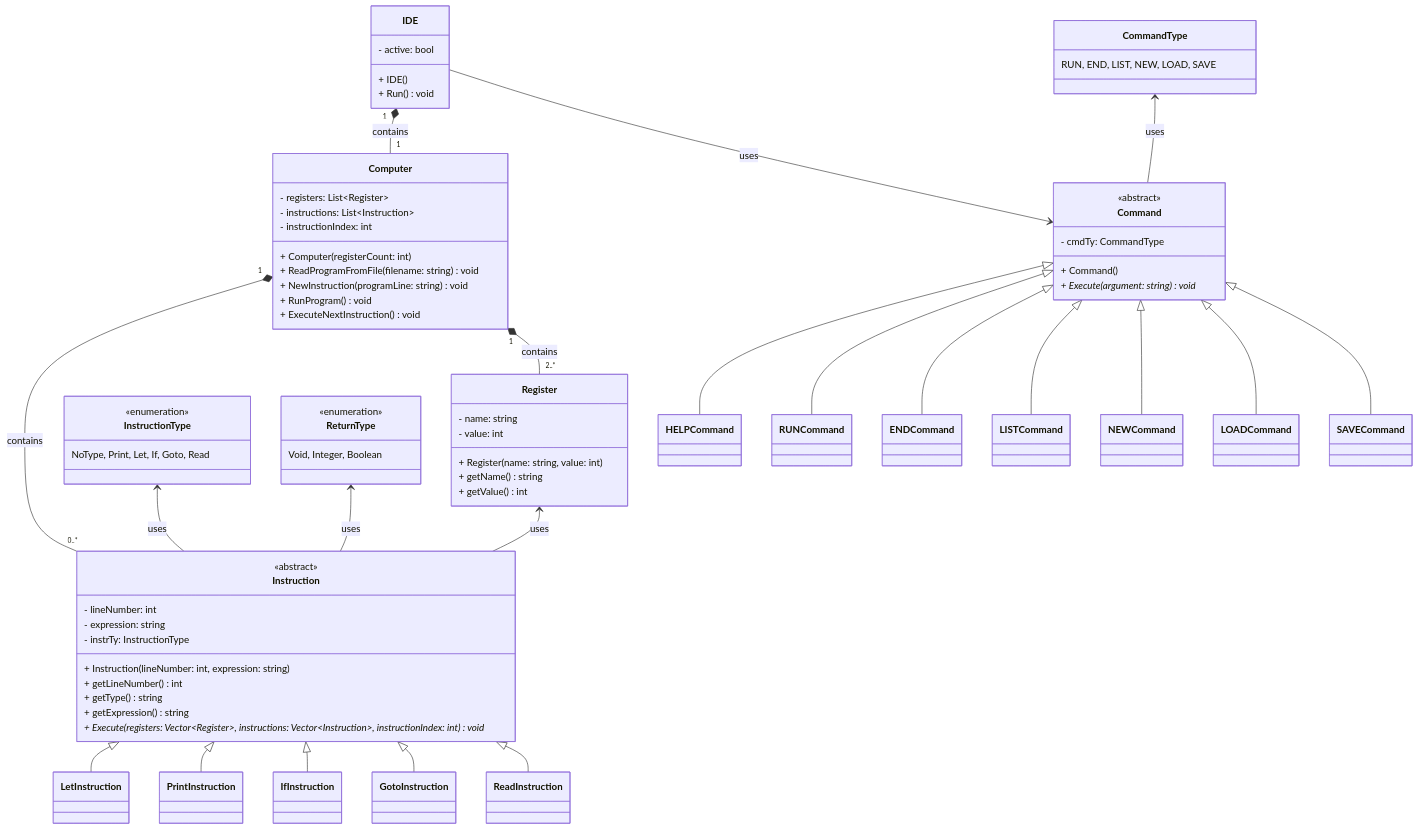
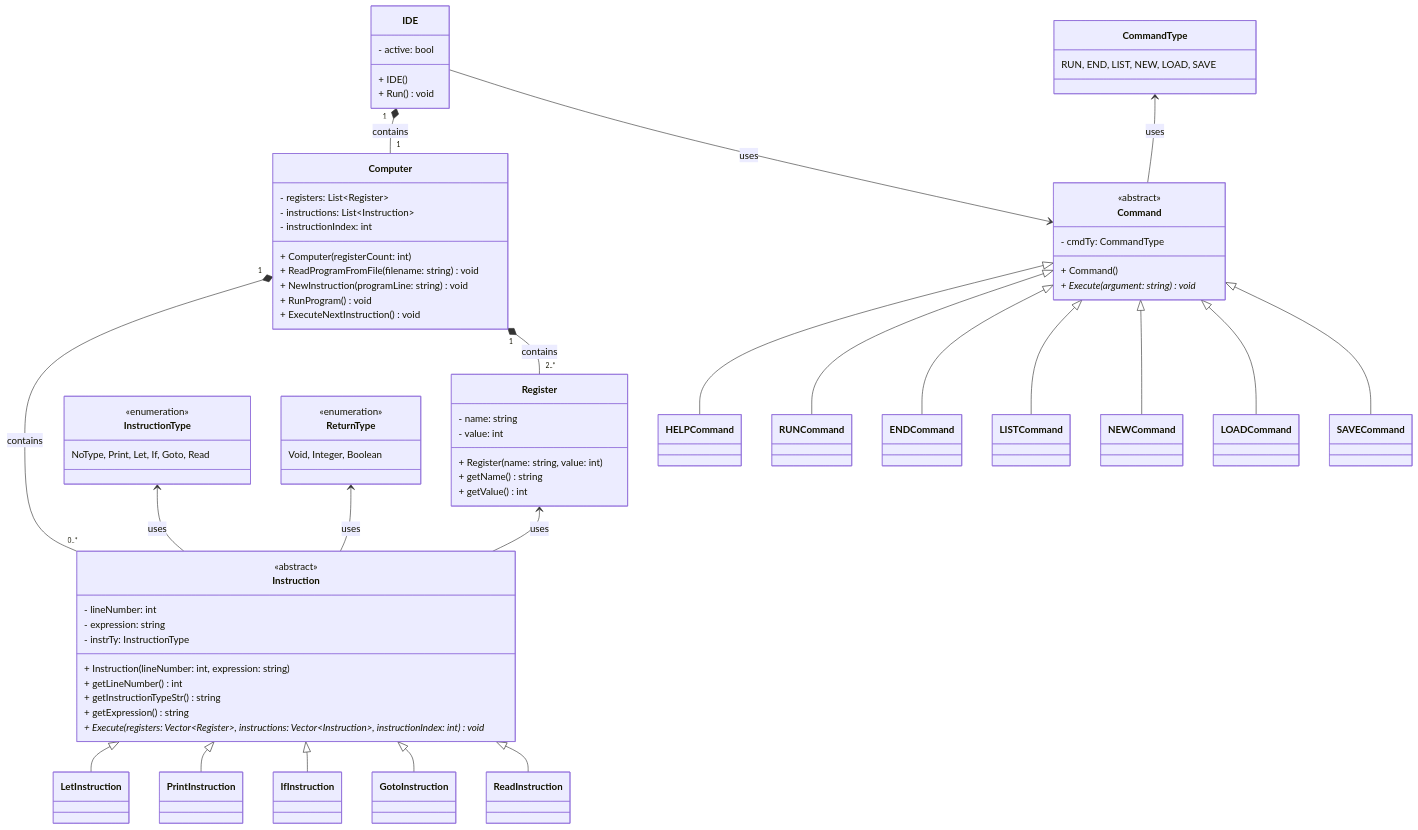
Before and after one commit to Spyro1/Basic-Lite-Interpreter: the diagram in Documentation/BASIC.md, drawn with Mermaid. The commit also changed 14 other files, not shown here.

```diff
--- a/Documentation/BASIC.md
+++ b/Documentation/BASIC.md
@@ -78,7 +78,7 @@
         - instrTy: InstructionType
         + Instruction(lineNumber: int, expression: string)
         + getLineNumber() int
-        + getType() string
+        + getInstructionTypeStr() string
         + getExpression() string
         + Execute(registers: Vector~Register~, instructions: Vector~Instruction~, instructionIndex: int) void*
     }
```
